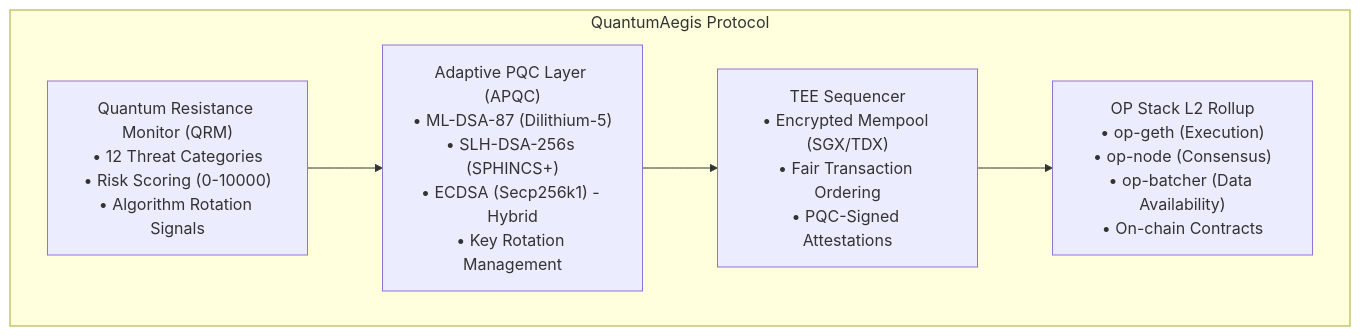
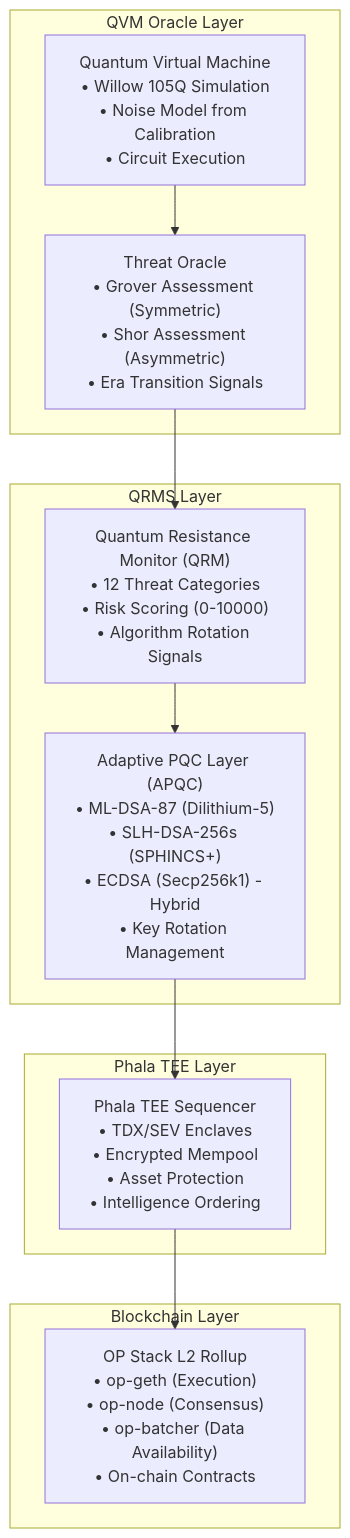
The diagram in docs/architecture/README.md (Halo-Labs-xyz/qAegis), drawn with Mermaid before and after one commit. The commit also changed other lines of this file and 17 other files, not shown here.

````diff
--- a/docs/architecture/README.md
+++ b/docs/architecture/README.md
@@ -30,13 +67,25 @@
 ```mermaid
 graph TB
-    subgraph Protocol["QuantumAegis Protocol"]
+    subgraph QVMLayer["QVM Oracle Layer"]
+        QVM["Quantum Virtual Machine<br/>• Willow 105Q Simulation<br/>• Noise Model from Calibration<br/>• Circuit Execution"]
+        ORACLE["Threat Oracle<br/>• Grover Assessment (Symmetric)<br/>• Shor Assessment (Asymmetric)<br/>• Era Transition Signals"]
+        QVM --> ORACLE
+    end
+    
+    subgraph QRMSLayer["QRMS Layer"]
         QRM["Quantum Resistance Monitor (QRM)<br/>• 12 Threat Categories<br/>• Risk Scoring (0-10000)<br/>• Algorithm Rotation Signals"]
         APQC["Adaptive PQC Layer (APQC)<br/>• ML-DSA-87 (Dilithium-5)<br/>• SLH-DSA-256s (SPHINCS+)<br/>• ECDSA (Secp256k1) - Hybrid<br/>• Key Rotation Management"]
-        TEE["TEE Sequencer<br/>• Encrypted Mempool (SGX/TDX)<br/>• Fair Transaction Ordering<br/>• PQC-Signed Attestations"]
+        ORACLE --> QRM
+        QRM --> APQC
+    end
+    
+    subgraph TEELayer["Phala TEE Layer"]
+        TEE["Phala TEE Sequencer<br/>• TDX/SEV Enclaves<br/>• Encrypted Mempool<br/>• Asset Protection<br/>• Intelligence Ordering"]
+        APQC --> TEE
+    end
+    
+    subgraph ChainLayer["Blockchain Layer"]
         L2["OP Stack L2 Rollup<br/>• op-geth (Execution)<br/>• op-node (Consensus)<br/>• op-batcher (Data Availability)<br/>• On-chain Contracts"]
-        
-        QRM --> APQC
-        APQC --> TEE
         TEE --> L2
     end
 ```
````
